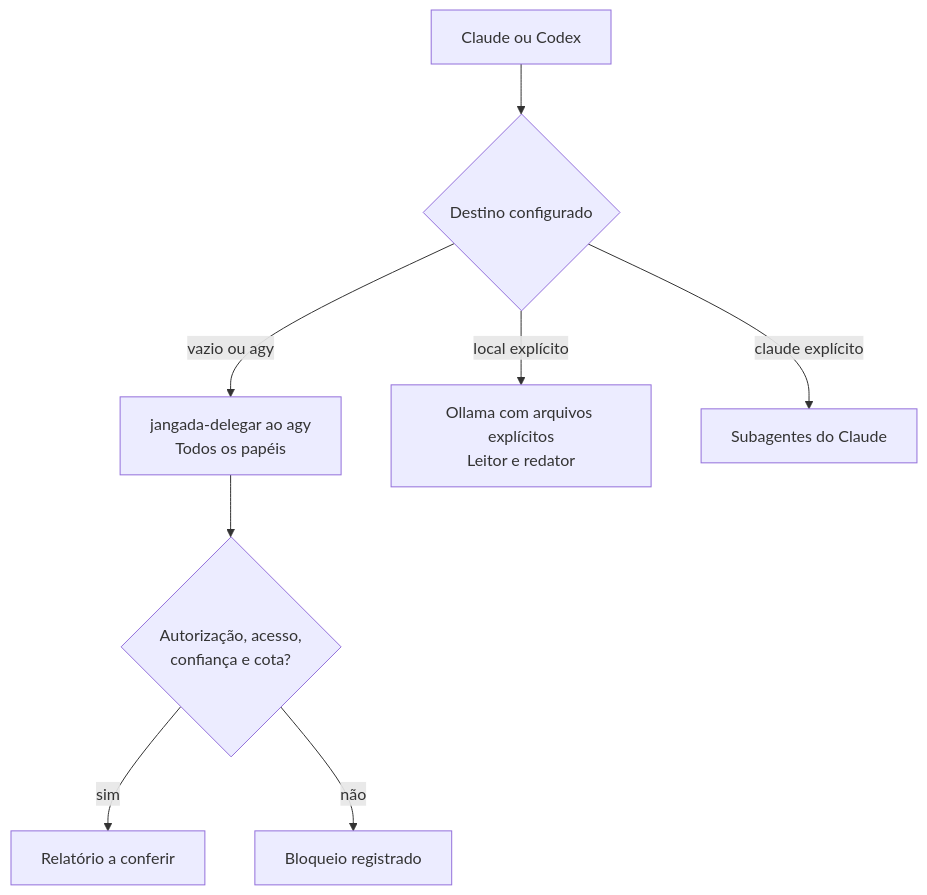
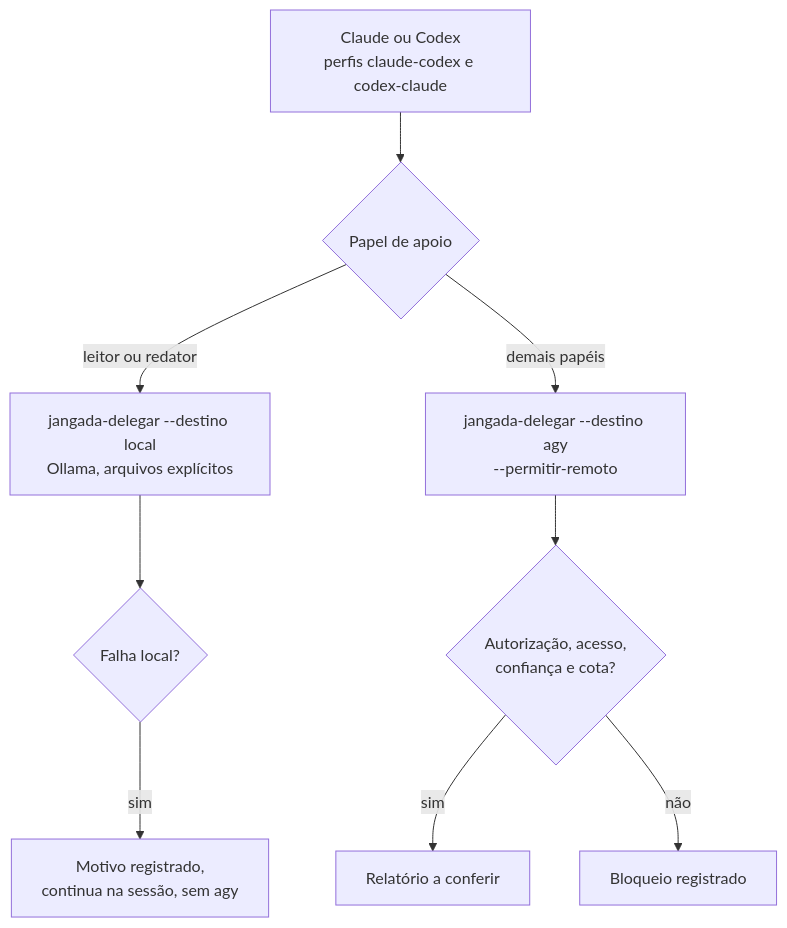
Before and after one commit to felipintoslv/jangada: the second of 4 diagrams in docs/subagentes-e-delegacao.md, drawn with Mermaid. The commit also changed other lines of this file and 14 other files, not shown here.

First line of the commit message:
fix(delegação): leitor e redator locais e demais papéis no agy nos dois perfis

````diff
--- a/docs/subagentes-e-delegacao.md
+++ b/docs/subagentes-e-delegacao.md
@@ -75,10 +75,11 @@
 ```mermaid
 flowchart TD
-    A[Claude ou Codex] --> C{Destino configurado}
-    C -- vazio ou agy --> AG[jangada-delegar ao agy<br>Todos os papéis]
+    A[Claude ou Codex<br>perfis claude-codex e codex-claude] --> C{Papel de apoio}
+    C -- leitor ou redator --> OL[jangada-delegar --destino local<br>Ollama, arquivos explícitos]
+    OL --> F{Falha local?}
+    F -- sim --> FL[Motivo registrado,<br>continua na sessão, sem agy]
+    C -- demais papéis --> AG[jangada-delegar --destino agy<br>--permitir-remoto]
     AG --> P{Autorização, acesso,<br>confiança e cota?}
     P -- sim --> R[Relatório a conferir]
     P -- não --> B[Bloqueio registrado]
-    C -- local explícito --> OL[Ollama com arquivos explícitos<br>Leitor e redator]
-    C -- claude explícito --> CL[Subagentes do Claude]
 ```
````
